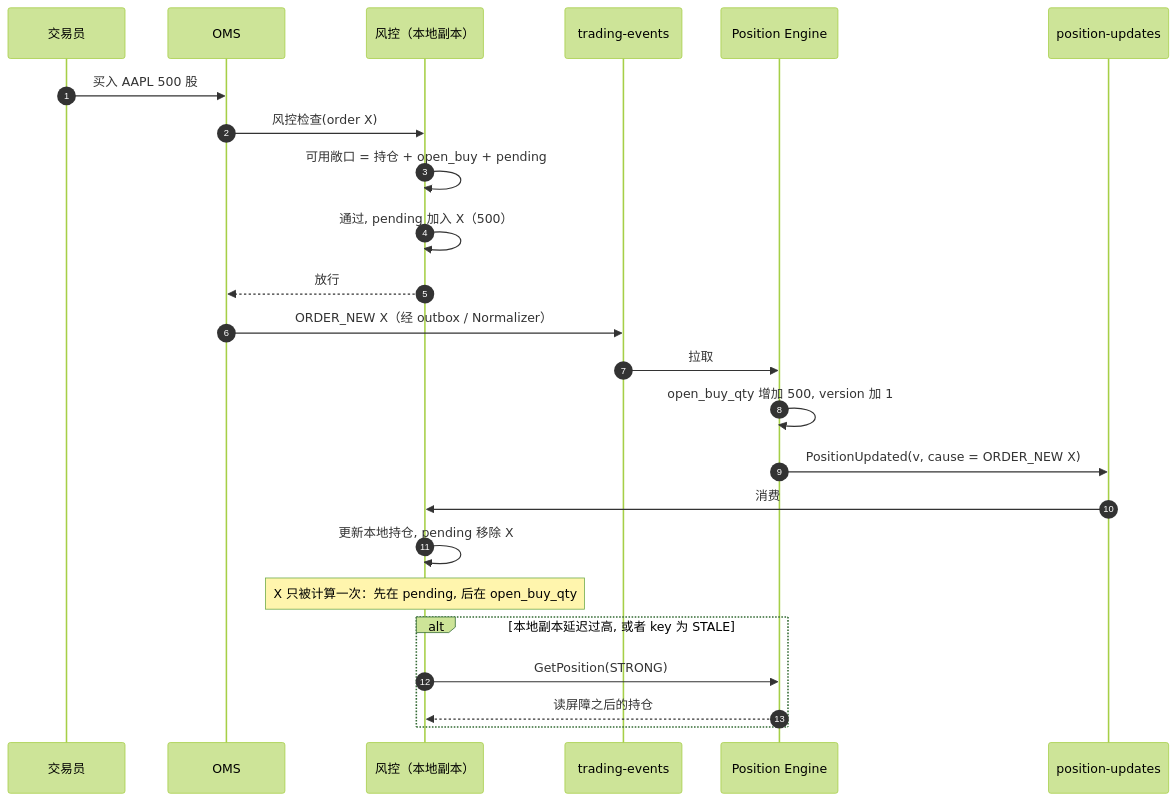
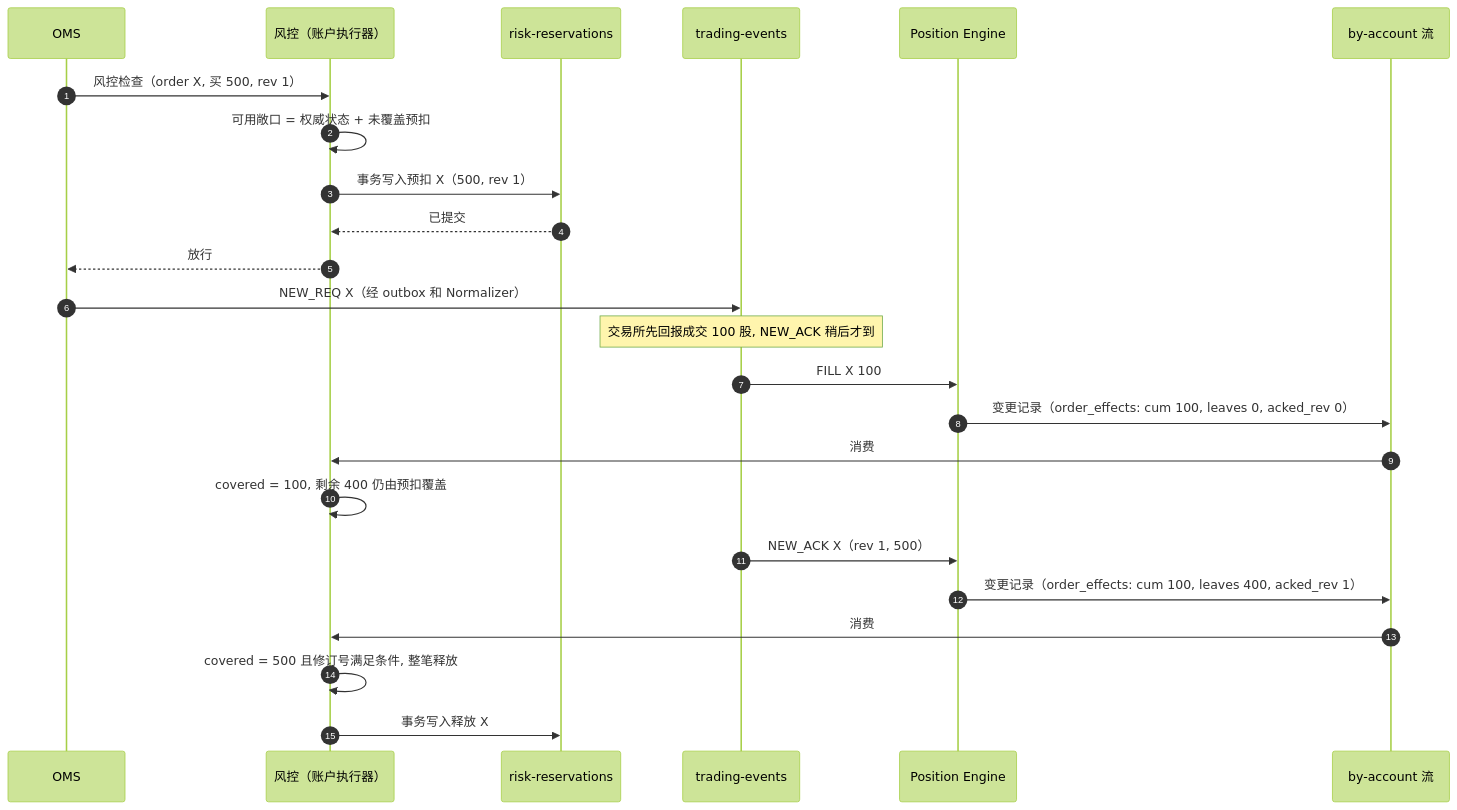
Before and after one commit to Obscurepawn/TradingSystemLearning: the seventh of 9 diagrams in system_design/distributed_account_service.md, drawn with Mermaid (forest theme). The commit also changed other lines of this file, not shown here.

````diff
--- a/system_design/distributed_account_service.md
+++ b/system_design/distributed_account_service.md
@@ -902,27 +1205,27 @@
 ```mermaid
 sequenceDiagram
     autonumber
-    participant T as 交易员
     participant O as OMS
-    participant K as 风控（本地副本）
+    participant K as 风控（账户执行器）
+    participant RS as risk-reservations
     participant L as trading-events
     participant E as Position Engine
-    participant U as position-updates
+    participant U as by-account 流
 
-    T->>O: 买入 AAPL 500 股
-    O->>K: 风控检查(order X)
-    K->>K: 可用敞口 = 持仓 + open_buy + pending
-    K->>K: 通过, pending 加入 X（500）
+    O->>K: 风控检查（order X, 买 500, rev 1）
+    K->>K: 可用敞口 = 权威状态 + 未覆盖预扣
+    K->>RS: 事务写入预扣 X（500, rev 1）
+    RS-->>K: 已提交
     K-->>O: 放行
-    O->>L: ORDER_NEW X（经 outbox / Normalizer）
-    L->>E: 拉取
-    E->>E: open_buy_qty 增加 500, version 加 1
-    E->>U: PositionUpdated(v, cause = ORDER_NEW X)
+    O->>L: NEW_REQ X（经 outbox 和 Normalizer）
+    Note over L: 交易所先回报成交 100 股, NEW_ACK 稍后才到
+    L->>E: FILL X 100
+    E->>U: 变更记录（order_effects: cum 100, leaves 0, acked_rev 0）
     U->>K: 消费
-    K->>K: 更新本地持仓, pending 移除 X
-    Note over K: X 只被计算一次：先在 pending, 后在 open_buy_qty
-    alt 本地副本延迟过高, 或者 key 为 STALE
-        K->>E: GetPosition(STRONG)
-        E-->>K: 读屏障之后的持仓
-    end
+    K->>K: covered = 100, 剩余 400 仍由预扣覆盖
+    L->>E: NEW_ACK X（rev 1, 500）
+    E->>U: 变更记录（order_effects: cum 100, leaves 400, acked_rev 1）
+    U->>K: 消费
+    K->>K: covered = 500 且修订号满足条件, 整笔释放
+    K->>RS: 事务写入释放 X
 ```
````
